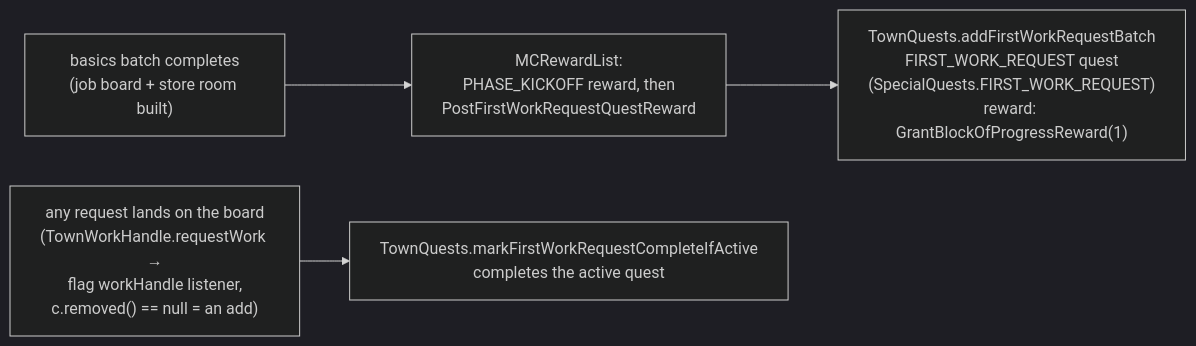
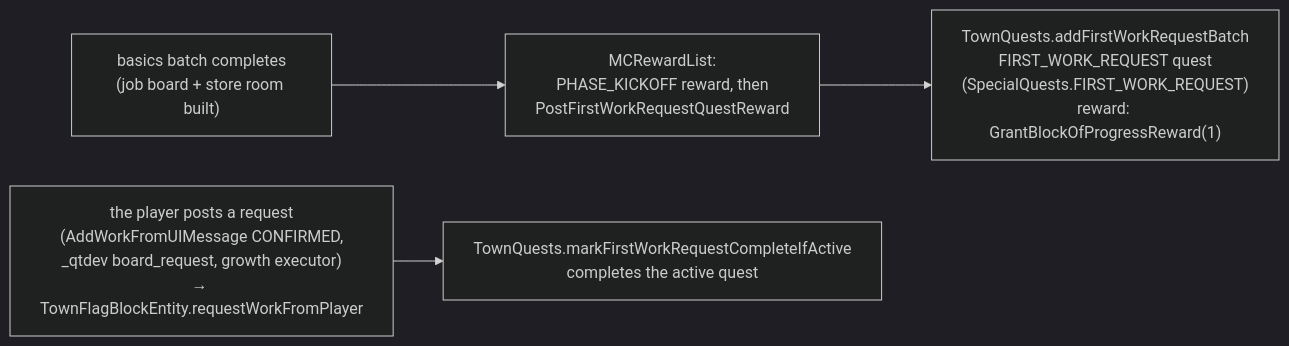
One commit to bradsk88/Questown changed diagram 15 of 15 in src/main/java/ca/bradj/questown/town/entity/COMPLEX.md. Above: the diagram before and after it, drawn with Mermaid (dark theme). The commit also changed other lines of this file and 7 other files, not shown here.

First line of the commit message:
Quests: only the player's own request completes "post your first work request"

````diff
--- a/src/main/java/ca/bradj/questown/town/entity/COMPLEX.md
+++ b/src/main/java/ca/bradj/questown/town/entity/COMPLEX.md
@@ -919,6 +919,6 @@
 ```mermaid
 graph LR
     A["basics batch completes\n(job board + store room built)"] --> B["MCRewardList:\nPHASE_KICKOFF reward, then\nPostFirstWorkRequestQuestReward"]
     B --> C["TownQuests.addFirstWorkRequestBatch\nFIRST_WORK_REQUEST quest\n(SpecialQuests.FIRST_WORK_REQUEST)\nreward: GrantBlockOfProgressReward(1)"]
-    D["any request lands on the board\n(TownWorkHandle.requestWork →\nflag workHandle listener,\nc.removed() == null = an add)"] --> E["TownQuests.markFirstWorkRequestCompleteIfActive\ncompletes the active quest"]
+    D["the player posts a request\n(AddWorkFromUIMessage CONFIRMED,\n_qtdev board_request, growth executor)\n→ TownFlagBlockEntity.requestWorkFromPlayer"] --> E["TownQuests.markFirstWorkRequestCompleteIfActive\ncompletes the active quest"]
 ```
````
